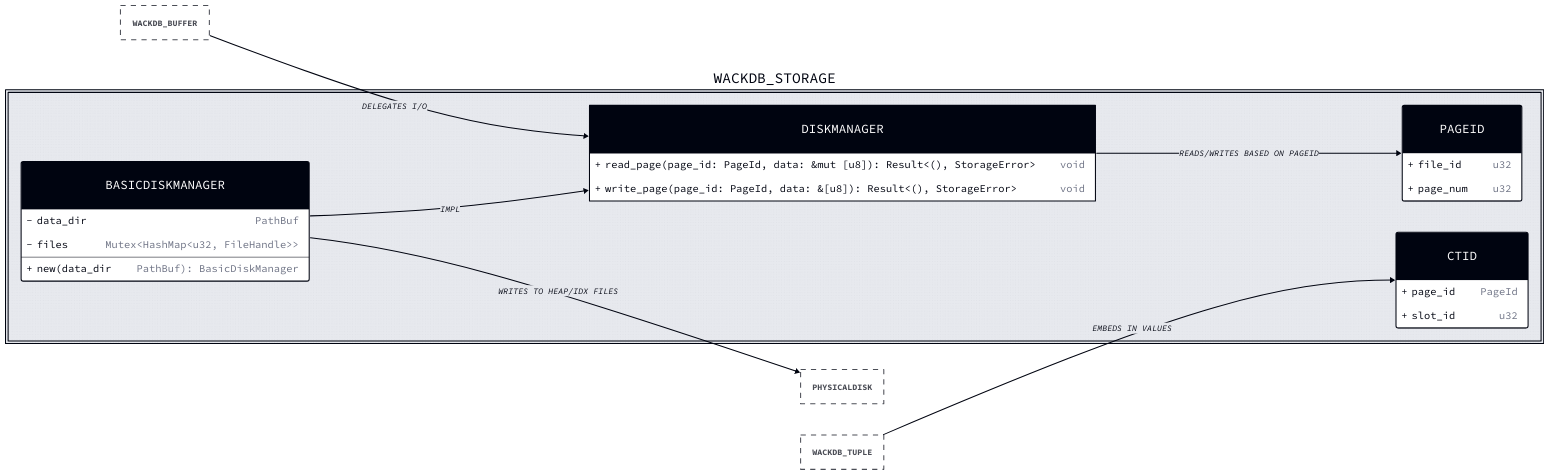
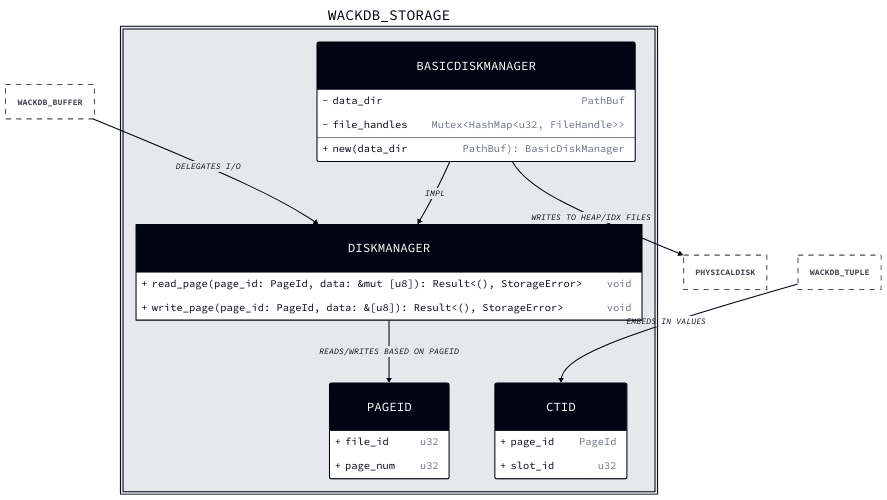
One commit to CHOCEK-RB/wackdb changed the diagram in docs/diagrams/src/wackdb_storage.d2. Above: the diagram before and after it, drawn with D2. The commit also changed 31 other files, not shown here.

Commit message:
docs: update architecture diagrams

```diff
--- a/docs/diagrams/src/wackdb_storage.d2
+++ b/docs/diagrams/src/wackdb_storage.d2
@@ -1,53 +1,53 @@
-direction: right
+direction: down
 vars: {
   d2-config: {
     theme-id: 301
   }
 }
 classes: {
   struct: {
     shape: class
     style: { border-radius: 4 }
   }
   external: {
     style: { stroke-dash: 5; opacity: 0.7 }
   }
 }
 
 wackdb_storage: {
   DiskManager: {
     shape: class
     "+read_page(page_id: PageId, data: &mut [u8]): Result<(), StorageError>"
     "+write_page(page_id: PageId, data: &[u8]): Result<(), StorageError>"
   }
 
   BasicDiskManager: {
     class: struct
     "-data_dir": PathBuf
-    "-files": "Mutex<HashMap<u32, FileHandle>>"
+    "-file_handles": "Mutex<HashMap<u32, FileHandle>>"
     +new(data_dir: PathBuf): BasicDiskManager
   }
 
   PageId: {
     class: struct
     +file_id: u32
     +page_num: u32
   }
   
   CTID: {
     class: struct
     +page_id: PageId
     +slot_id: u32
   }
 
   BasicDiskManager -> DiskManager: "impl"
   DiskManager -> PageId: "Reads/Writes based on PageId"
 }
 
 wackdb_buffer: { class: external }
 wackdb_tuple: { class: external }
 PhysicalDisk: { class: external }
 
 wackdb_buffer -> wackdb_storage.DiskManager: "Delegates I/O"
 wackdb_tuple -> wackdb_storage.CTID: "Embeds in values"
 wackdb_storage.BasicDiskManager -> PhysicalDisk: "Writes to Heap/Idx Files"
```
